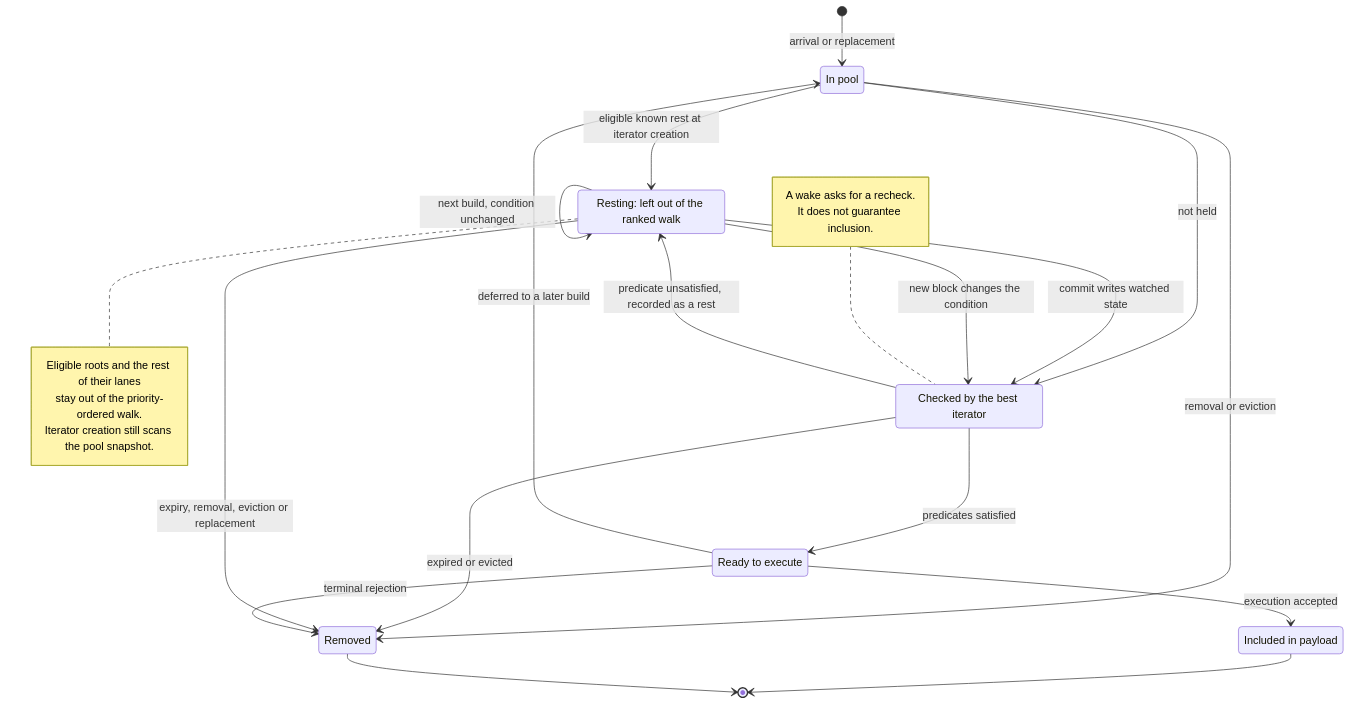
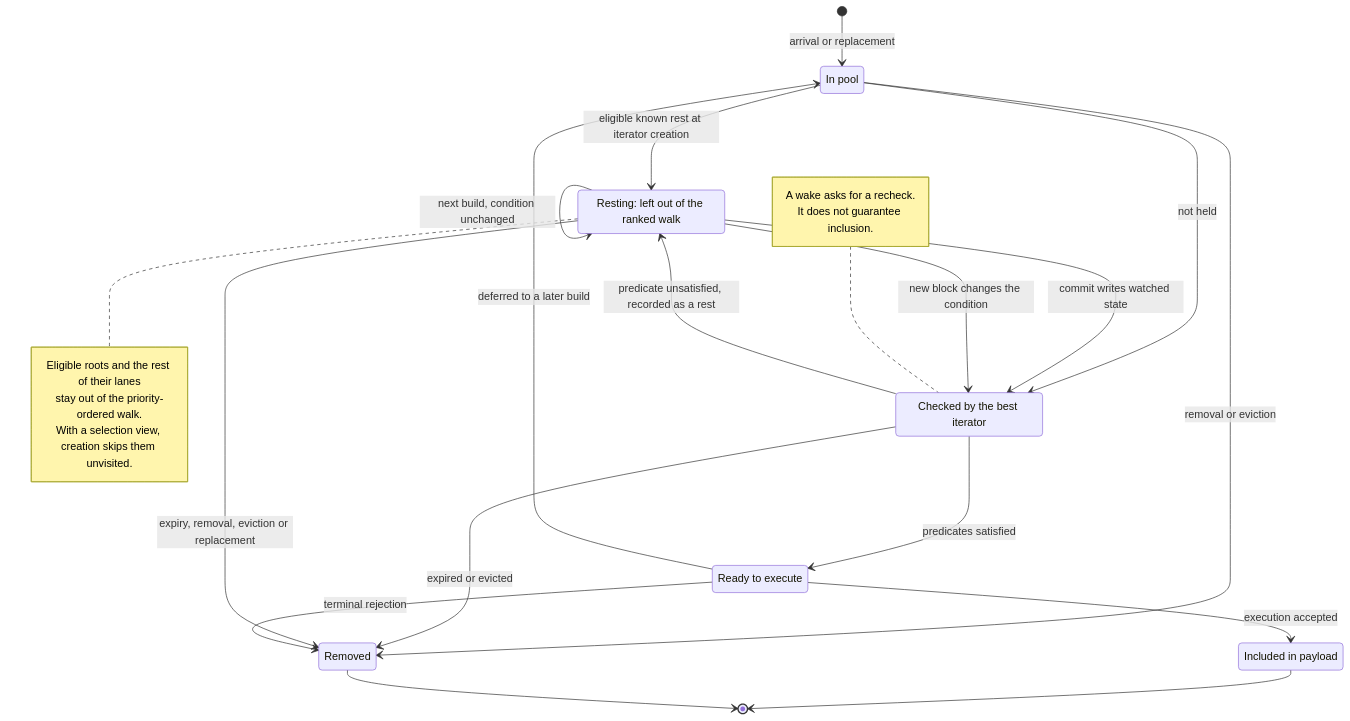
Before and after one commit to base/base: the first of 2 diagrams in crates/execution/txpool/README.md, drawn with Mermaid. The commit also changed other lines of this file and 12 other files, not shown here.

Commit message:
perf(txpool): retain a job-owned selection view for resting roots

````diff
--- a/crates/execution/txpool/README.md
+++ b/crates/execution/txpool/README.md
@@ -200,36 +200,36 @@
 ```mermaid
 stateDiagram-v2
     state "In pool" as Pending
     state "Checked by the best iterator" as Checked
     state "Ready to execute" as Executable
     state "Resting: left out of the ranked walk" as Resting
     state "Included in payload" as Included
     state "Removed" as Removed
 
     [*] --> Pending: arrival or replacement
     Pending --> Resting: eligible known rest at iterator creation
     Pending --> Checked: not held
     Pending --> Removed: removal or eviction
     Checked --> Executable: predicates satisfied
     Checked --> Resting: predicate unsatisfied, recorded as a rest
     Checked --> Removed: expired or evicted
     Resting --> Resting: next build, condition unchanged
     Resting --> Checked: commit writes watched state
     Resting --> Checked: new block changes the condition
     Resting --> Removed: expiry, removal, eviction or replacement
     Executable --> Included: execution accepted
     Executable --> Removed: terminal rejection
     Executable --> Pending: deferred to a later build
     Included --> [*]
     Removed --> [*]
 
     note right of Resting
         Eligible roots and the rest of their lanes
         stay out of the priority-ordered walk.
-        Iterator creation still scans the pool snapshot.
+        With a selection view, creation skips them unvisited.
     end note
     note left of Checked
         A wake asks for a recheck.
         It does not guarantee inclusion.
     end note
 ```
````
